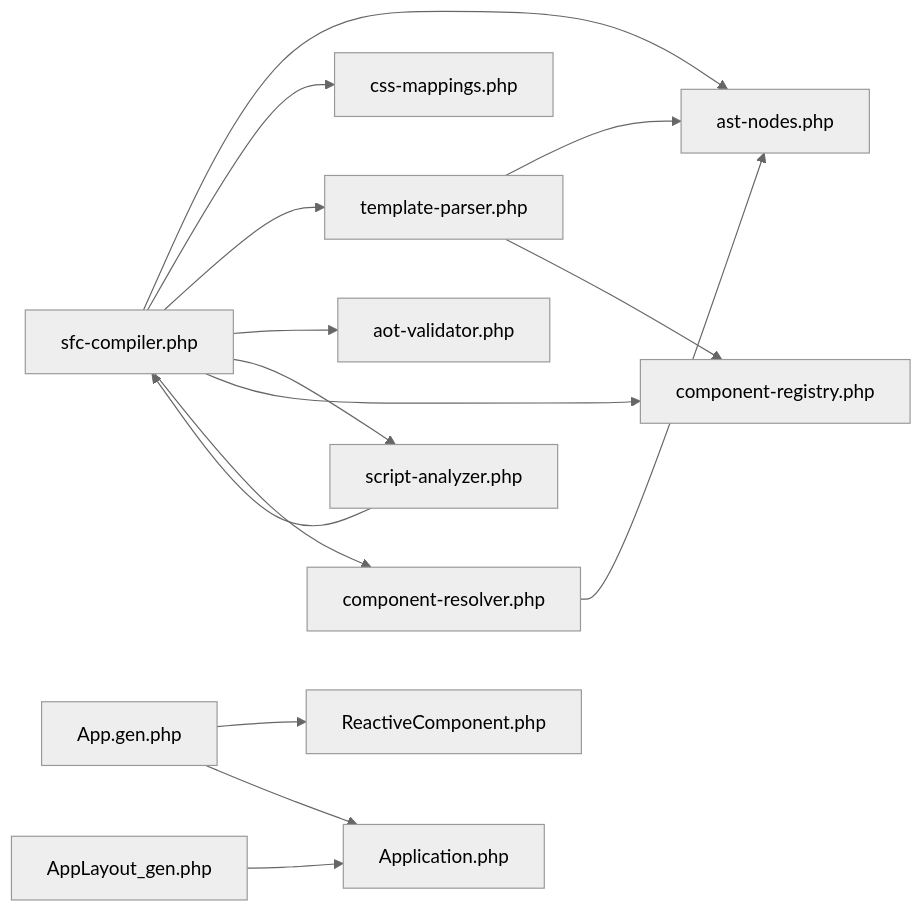
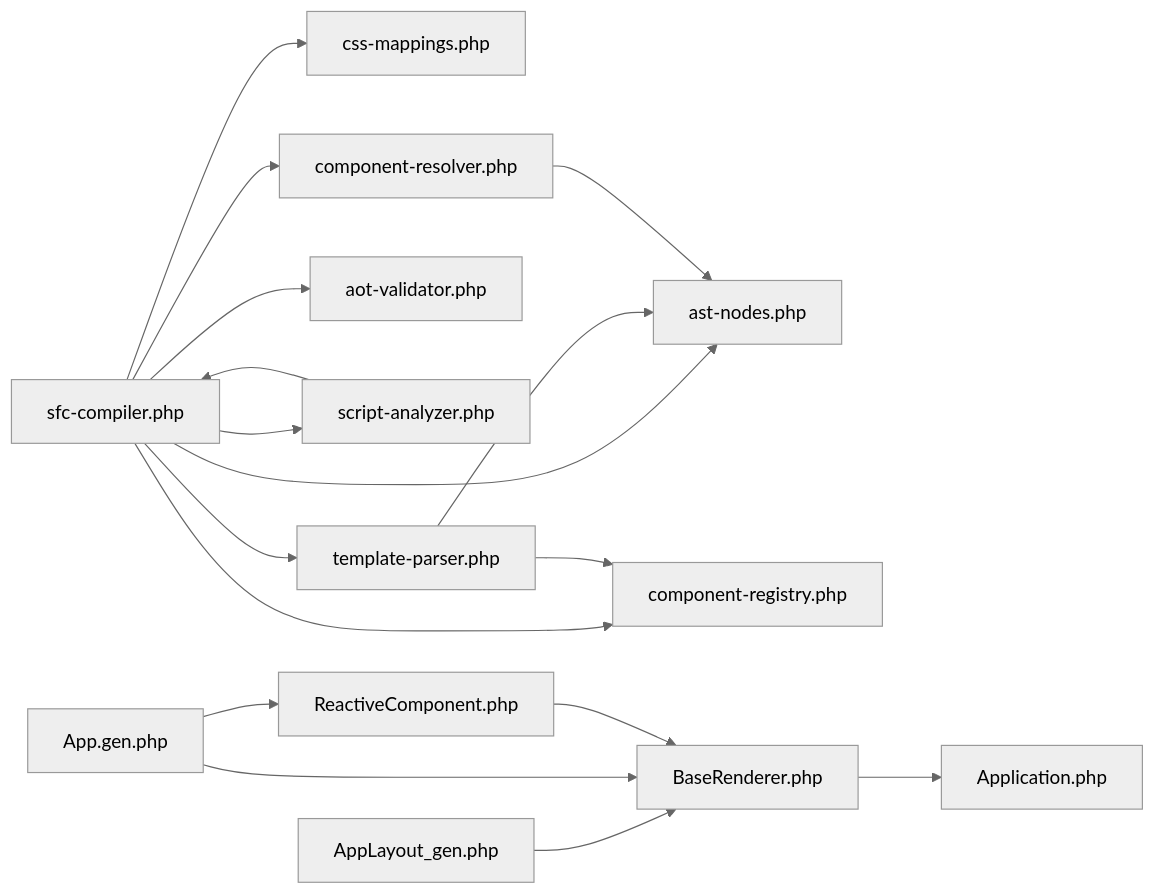
One commit to xingye00186/PHP-Data-UI-Framework-powered-by-swooleAOT changed diagram 12 of 13 in .qoder/repowiki/zh/content/SFC编译器系统/SFC编译器系统.md. Above: the diagram before and after it, drawn with Mermaid (neutral theme). The commit also changed other lines of this file and 37 other files, not shown here.

````diff
--- a/.qoder/repowiki/zh/content/SFC编译器系统/SFC编译器系统.md
+++ b/.qoder/repowiki/zh/content/SFC编译器系统/SFC编译器系统.md
@@ -507,17 +553,19 @@
 ```mermaid
 graph LR
 SC["sfc-compiler.php"] --> AN["ast-nodes.php"]
 SC --> CM["css-mappings.php"]
 SC --> TP["template-parser.php"]
 SC --> AV["aot-validator.php"]
 SC --> SA["script-analyzer.php"]
 SC --> CR["component-registry.php"]
 SC --> RES["component-resolver.php"]
 TP --> AN
 TP --> CR
 RES --> AN
 SA --> SC
 GEN["App.gen.php"] --> RC["ReactiveComponent.php"]
-LAYOUT["AppLayout_gen.php"] --> APP["Application.php"]
-GEN --> APP
+LAYOUT["AppLayout_gen.php"] --> BR["BaseRenderer.php"]
+GEN --> BR
+BR --> APP["Application.php"]
+RC --> BR
 ```
````
